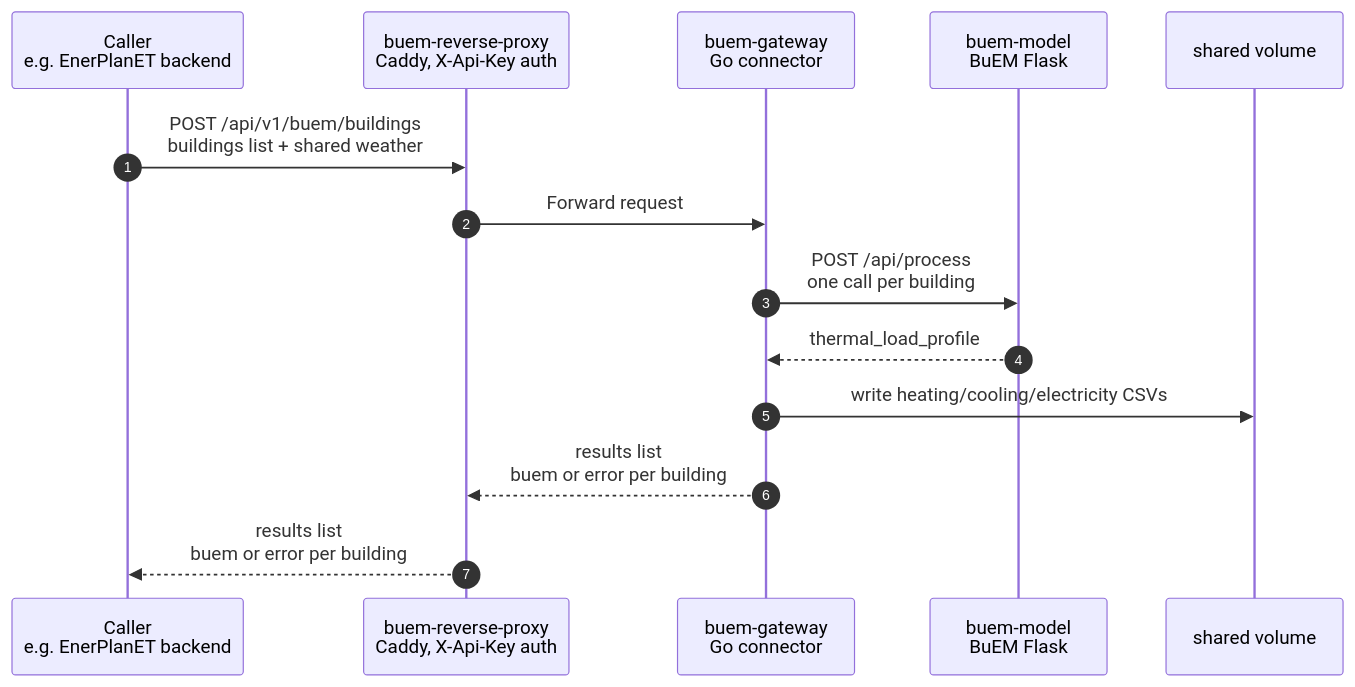
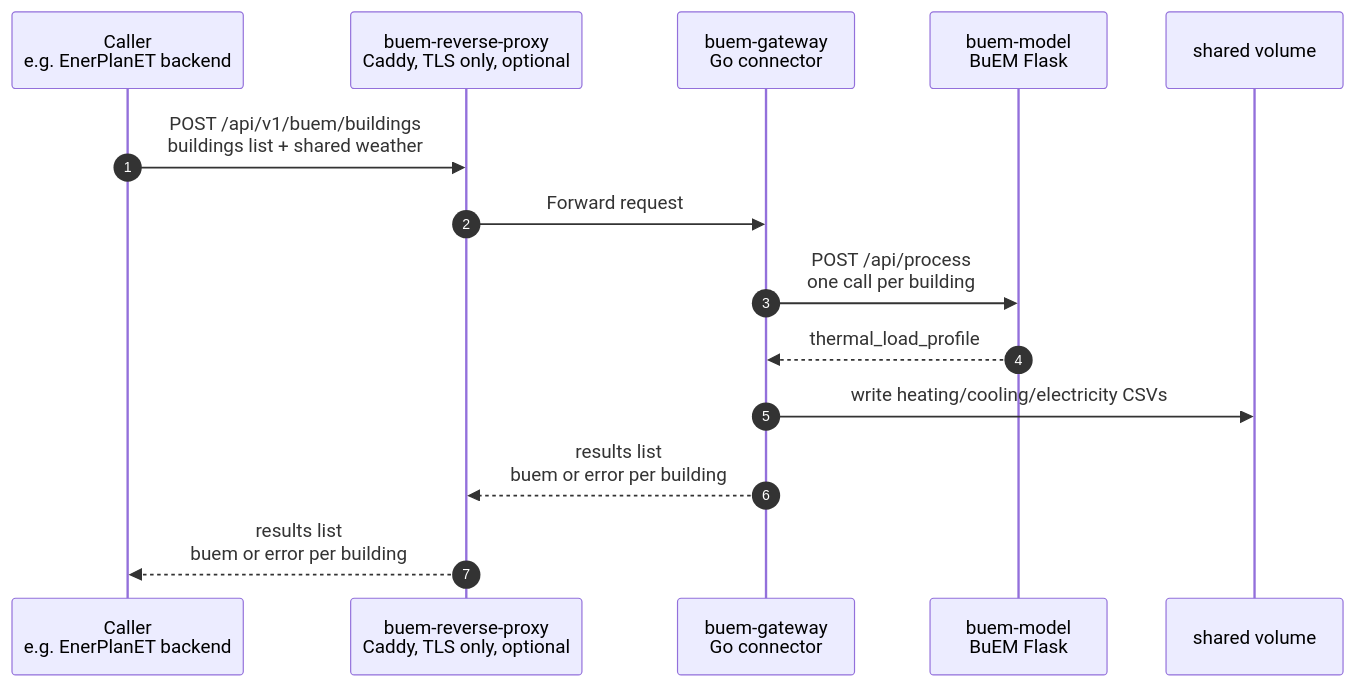
The diagram in README.md (enerplanet/buem-gateway), drawn with Mermaid before and after one commit. The commit also changed other lines of this file and 23 other files, not shown here.

First line of the commit message:
refactor(env): split environment into http and https, drop the API key (#51)

````diff
--- a/README.md
+++ b/README.md
@@ -26,17 +26,17 @@
 ```mermaid
 sequenceDiagram
     autonumber
     participant Caller as Caller<br/>e.g. EnerPlanET backend
-    participant Proxy as buem-reverse-proxy<br/>Caddy, X-Api-Key auth
+    participant Proxy as buem-reverse-proxy<br/>Caddy, TLS only, optional
     participant App as buem-gateway<br/>Go connector
     participant Model as buem-model<br/>BuEM Flask
     participant Vol as shared volume
 
     Caller->>Proxy: POST /api/v1/buem/buildings<br/>buildings list + shared weather
     Proxy->>App: Forward request
     App->>Model: POST /api/process<br/>one call per building
     Model-->>App: thermal_load_profile
     App->>Vol: write heating/cooling/electricity CSVs
     App-->>Proxy: results list<br/>buem or error per building
     Proxy-->>Caller: results list<br/>buem or error per building
 ```
````
